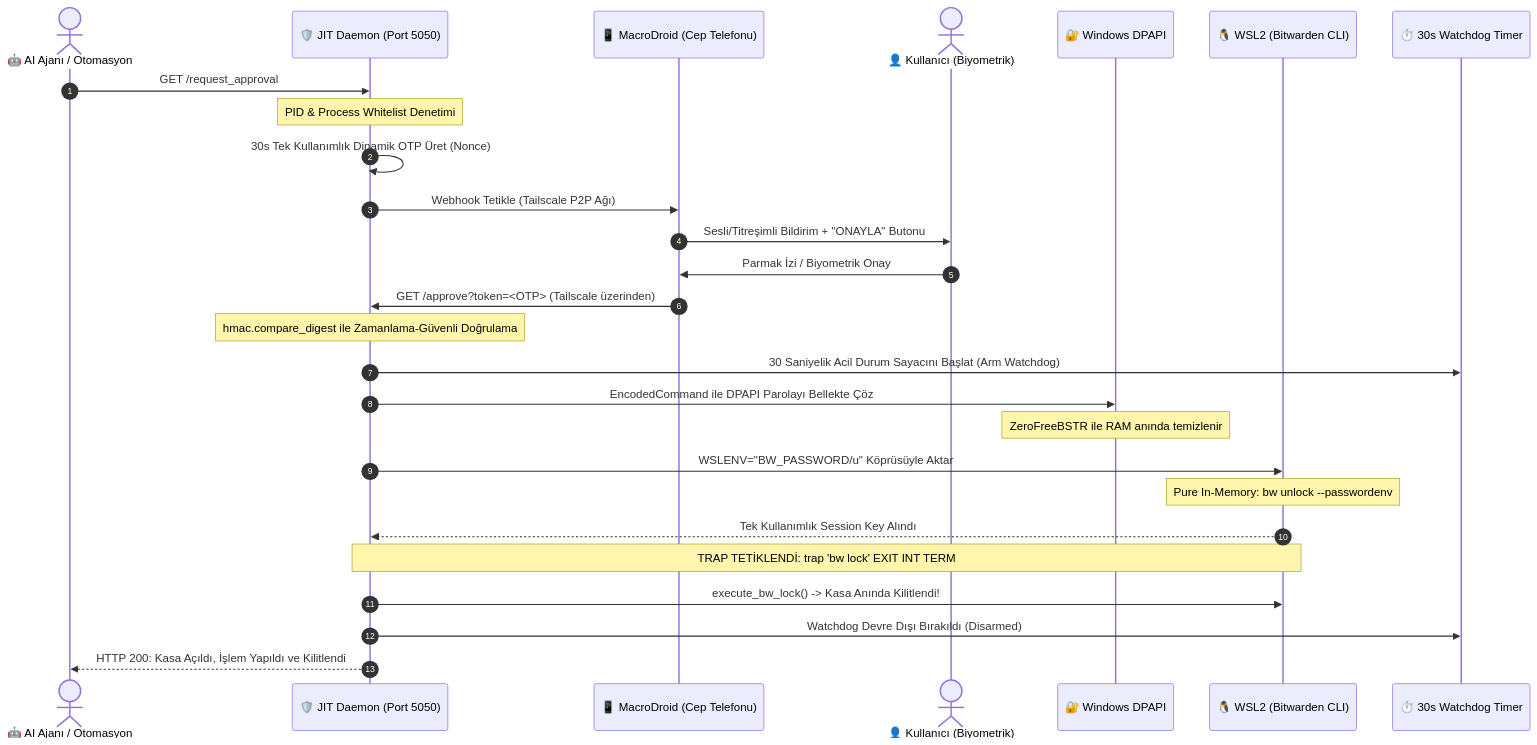
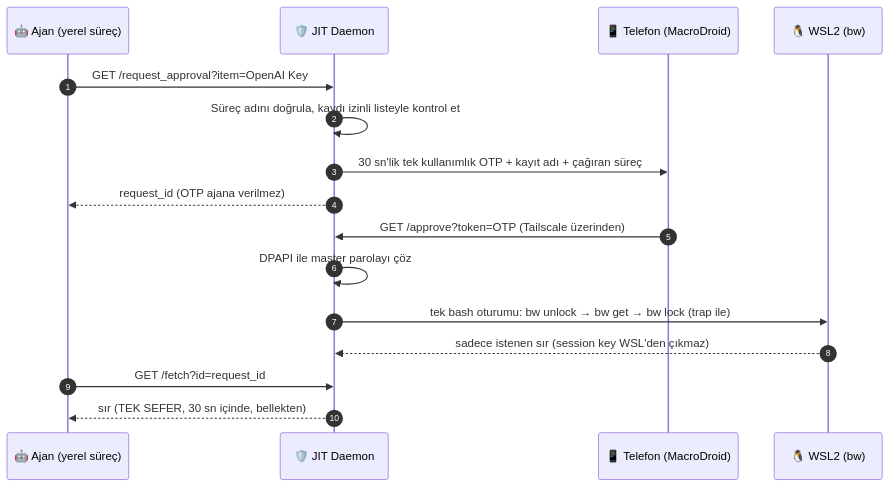
One commit to sadpapatya11/ZeroTrust-JIT-Bitwarden changed the diagram in README.md. Above: the diagram before and after it, drawn with Mermaid. The commit also changed other lines of this file and 6 other files, not shown here.

First line of the commit message:
feat: sırrı gerçekten teslim eden akış, gerçek trap, izinli liste ve testler

````diff
--- a/README.md
+++ b/README.md
@@ -46,30 +11,19 @@
 ```mermaid
 sequenceDiagram
     autonumber
-    actor AI as 🤖 AI Ajanı / Otomasyon
-    participant D as 🛡️ JIT Daemon (Port 5050)
-    participant M as 📱 MacroDroid (Cep Telefonu)
-    actor U as 👤 Kullanıcı (Biyometrik)
-    participant WIN as 🔐 Windows DPAPI
-    participant WSL as 🐧 WSL2 (Bitwarden CLI)
-    participant W as ⏱️ 30s Watchdog Timer
+    participant A as 🤖 Ajan (yerel süreç)
+    participant D as 🛡️ JIT Daemon
+    participant P as 📱 Telefon (MacroDroid)
+    participant W as 🐧 WSL2 (bw)
 
-    AI->>D: GET /request_approval
-    Note over D: PID & Process Whitelist Denetimi
-    D->>D: 30s Tek Kullanımlık Dinamik OTP Üret (Nonce)
-    D->>M: Webhook Tetikle (Tailscale P2P Ağı)
-    M->>U: Sesli/Titreşimli Bildirim + "ONAYLA" Butonu
-    U->>M: Parmak İzi / Biyometrik Onay
-    M->>D: GET /approve?token=<OTP> (Tailscale üzerinden)
-    Note over D: hmac.compare_digest ile Zamanlama-Güvenli Doğrulama
-    D->>W: 30 Saniyelik Acil Durum Sayacını Başlat (Arm Watchdog)
-    D->>WIN: EncodedCommand ile DPAPI Parolayı Bellekte Çöz
-    Note over WIN: ZeroFreeBSTR ile RAM anında temizlenir
-    D->>WSL: WSLENV="BW_PASSWORD/u" Köprüsüyle Aktar
-    Note over WSL: Pure In-Memory: bw unlock --passwordenv
-    WSL-->>D: Tek Kullanımlık Session Key Alındı
-    Note over WSL,D: TRAP TETİKLENDİ: trap 'bw lock' EXIT INT TERM
-    D->>WSL: execute_bw_lock() -> Kasa Anında Kilitlendi!
-    D->>W: Watchdog Devre Dışı Bırakıldı (Disarmed)
-    D-->>AI: HTTP 200: Kasa Açıldı, İşlem Yapıldı ve Kilitlendi
+    A->>D: GET /request_approval?item=OpenAI Key
+    D->>D: Süreç adını doğrula, kaydı izinli listeyle kontrol et
+    D->>P: 30 sn'lik tek kullanımlık OTP + kayıt adı + çağıran süreç
+    D-->>A: request_id (OTP ajana verilmez)
+    P->>D: GET /approve?token=OTP (Tailscale üzerinden)
+    D->>D: DPAPI ile master parolayı çöz
+    D->>W: tek bash oturumu: bw unlock → bw get → bw lock (trap ile)
+    W-->>D: sadece istenen sır (session key WSL'den çıkmaz)
+    A->>D: GET /fetch?id=request_id
+    D-->>A: sır (TEK SEFER, 30 sn içinde, bellekten)
 ```
````
